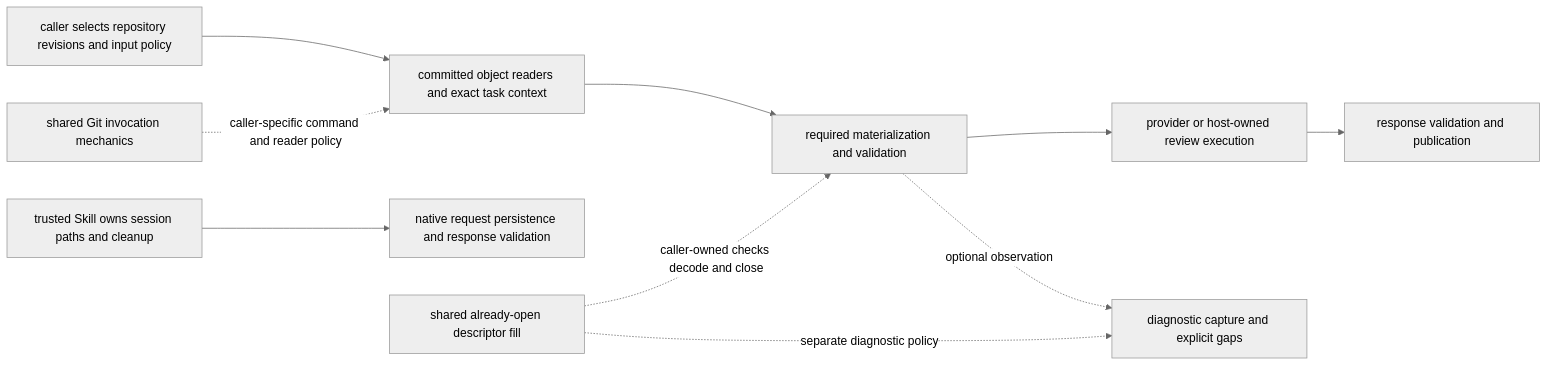
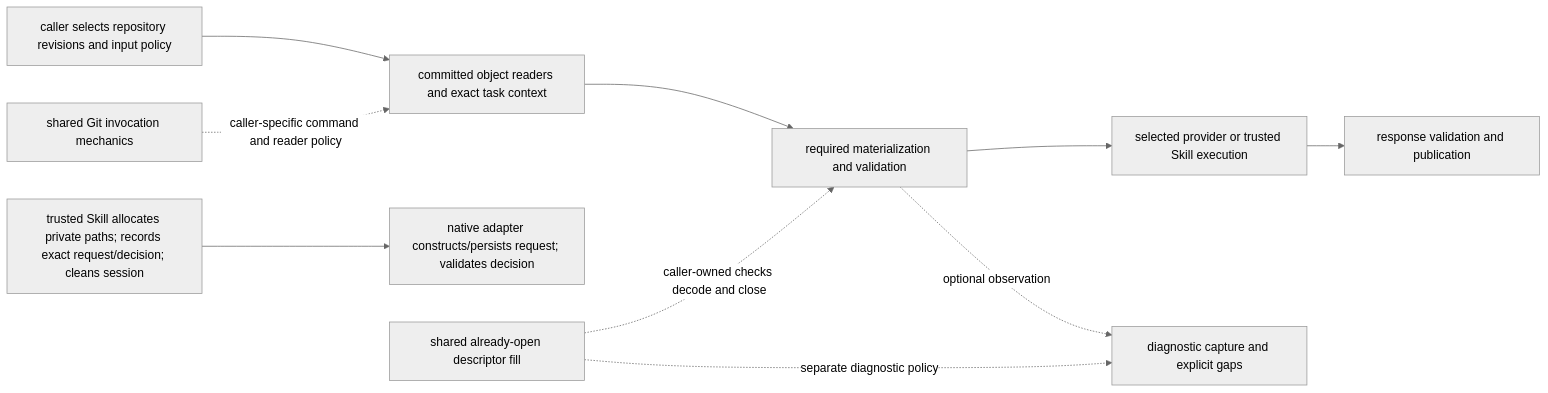
Before and after one commit to flair-agency/architecture-gatekeeper: the diagram in docs/investigations/2026-10-18-io-migration-dispositions.md, drawn with Mermaid (neutral theme). The commit also changed other lines of this file and 2 other files, not shown here.

Commit message:
docs: preserve explicit cwd and split native session ownership

````diff
--- a/docs/investigations/2026-10-18-io-migration-dispositions.md
+++ b/docs/investigations/2026-10-18-io-migration-dispositions.md
@@ -7,12 +7,12 @@
 ```mermaid
 flowchart LR
   A[caller selects repository revisions and input policy] --> G[committed object readers and exact task context]
   G --> R[required materialization and validation]
-  R --> P[provider or host-owned review execution]
+  R --> P[selected provider or trusted Skill execution]
   P --> V[response validation and publication]
   R -. optional observation .-> D[diagnostic capture and explicit gaps]
-  H[trusted Skill owns session paths and cleanup] --> N[native request persistence and response validation]
+  H[trusted Skill allocates private paths; records exact request/decision; cleans session] --> N[native adapter constructs/persists request; validates decision]
   B[shared Git invocation mechanics] -. caller-specific command and reader policy .-> G
   F[shared already-open descriptor fill] -. caller-owned checks decode and close .-> R
   F -. separate diagnostic policy .-> D
 ```
````
